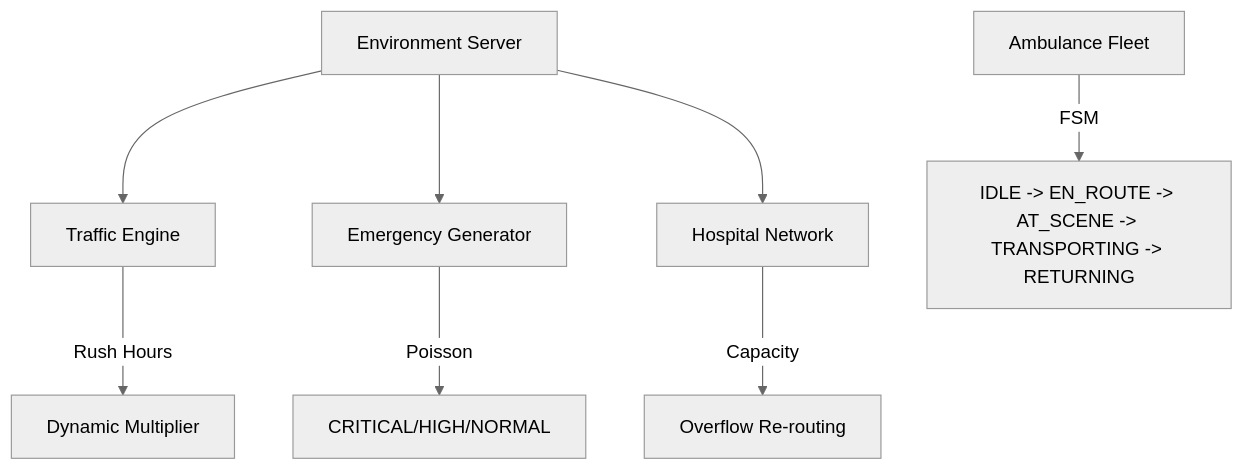
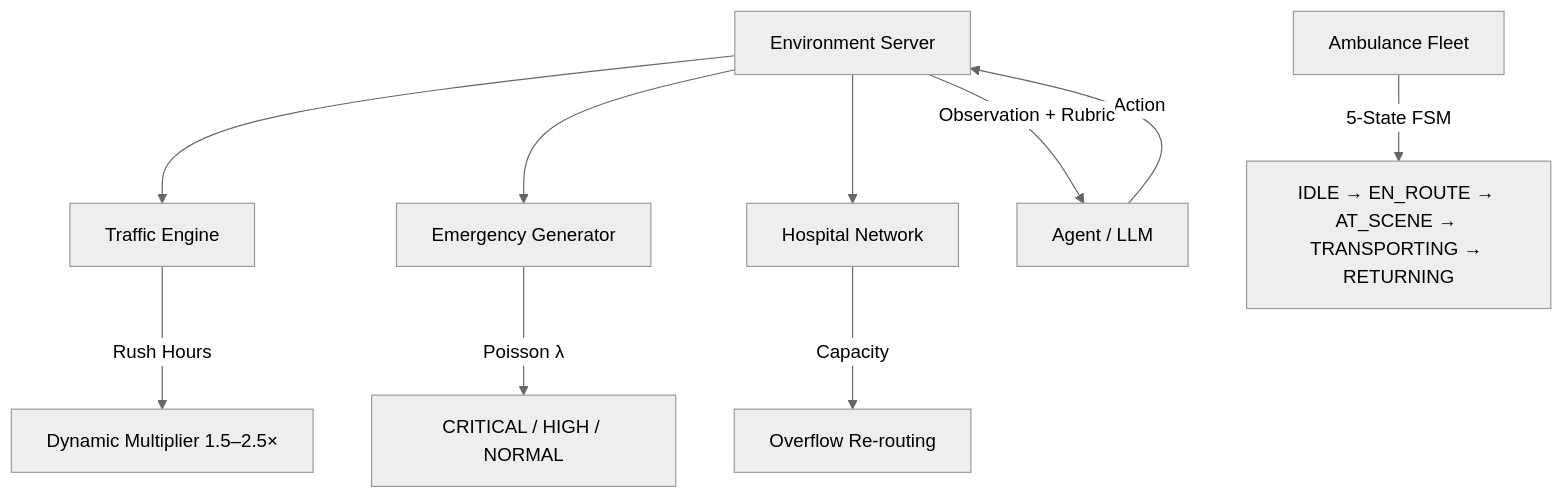
One commit to CSNEHA20/Meta_PyTorch_OpenEnv_Hackathon changed the diagram in README.md. Above: the diagram before and after it, drawn with Mermaid (neutral theme). The commit also changed other lines of this file, not shown here.

Commit message:
docs: comprehensive README with full project documentation, team info, architecture, grading formulas, and deployment guide

````diff
--- a/README.md
+++ b/README.md
@@ -335,12 +165,15 @@
 ```mermaid
 graph TD
     A[Environment Server] --> B[Traffic Engine]
     A --> C[Emergency Generator]
     A --> D[Hospital Network]
     
-    B -->|Rush Hours| E[Dynamic Multiplier]
-    C -->|Poisson| F[CRITICAL/HIGH/NORMAL]
+    B -->|Rush Hours| E[Dynamic Multiplier 1.5–2.5×]
+    C -->|Poisson λ| F[CRITICAL / HIGH / NORMAL]
     D -->|Capacity| G[Overflow Re-routing]
     
-    H[Ambulance Fleet] -->|FSM| I[IDLE -> EN_ROUTE -> AT_SCENE -> TRANSPORTING -> RETURNING]
+    H[Ambulance Fleet] -->|5-State FSM| I[IDLE → EN_ROUTE → AT_SCENE → TRANSPORTING → RETURNING]
+    
+    J[Agent / LLM] -->|Action| A
+    A -->|Observation + Rubric| J
 ```
````
